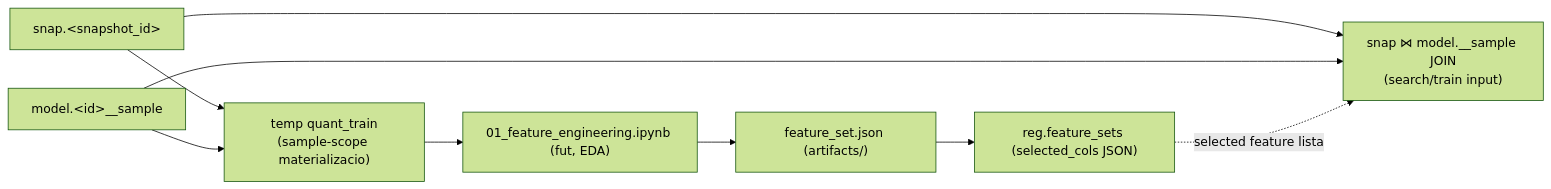
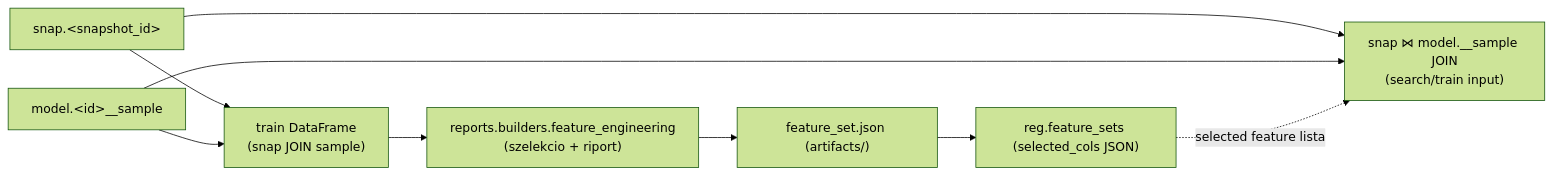
The fourth of 10 diagrams in _doc_/database_and_code_doc/0004_model_lifecycle.md (Nemesis14/chronoquant), drawn with Mermaid (forest theme) before and after one commit. The commit also changed other lines of this file and 1008 other files, not shown here.

````diff
--- a/_doc_/database_and_code_doc/0004_model_lifecycle.md
+++ b/_doc_/database_and_code_doc/0004_model_lifecycle.md
@@ -114,16 +110,16 @@
 ```mermaid
 flowchart LR
   SNAP["snap.&lt;snapshot_id&gt;"]
   SAMP["model.&lt;id&gt;__sample"]
-  FE_NB["01_feature_engineering.ipynb (fut, EDA)"]
-  TEMP["temp quant_train\n(sample-scope materializacio)"]
+  FE_NB["reports.builders.feature_engineering\n(szelekcio + riport)"]
+  TEMP["train DataFrame\n(snap JOIN sample)"]
   FS_JSON["feature_set.json (artifacts/)"]
   FS_REG["reg.feature_sets (selected_cols JSON)"]
   JOIN["snap ⋈ model.__sample JOIN\n(search/train input)"]
 
   SNAP --> TEMP
   SAMP --> TEMP --> FE_NB --> FS_JSON --> FS_REG
   SNAP --> JOIN
   SAMP --> JOIN
   FS_REG -.->|"selected feature lista"| JOIN
 ```
````
